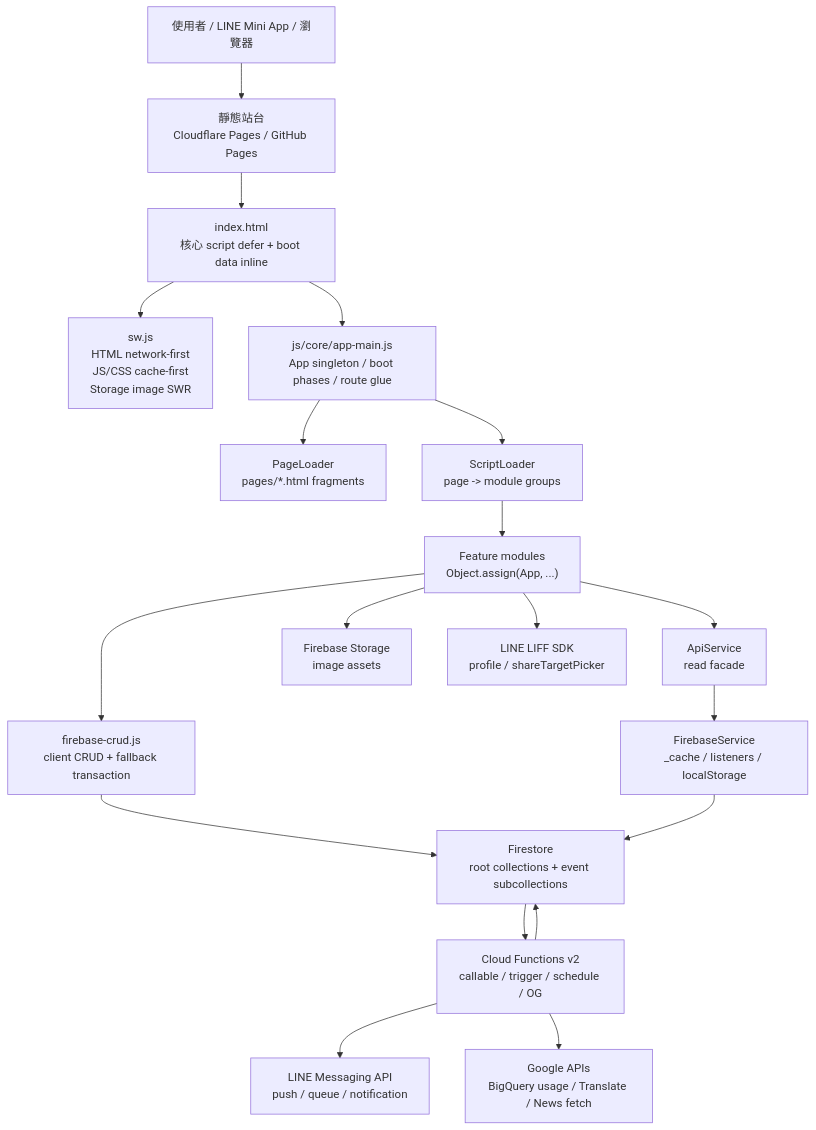
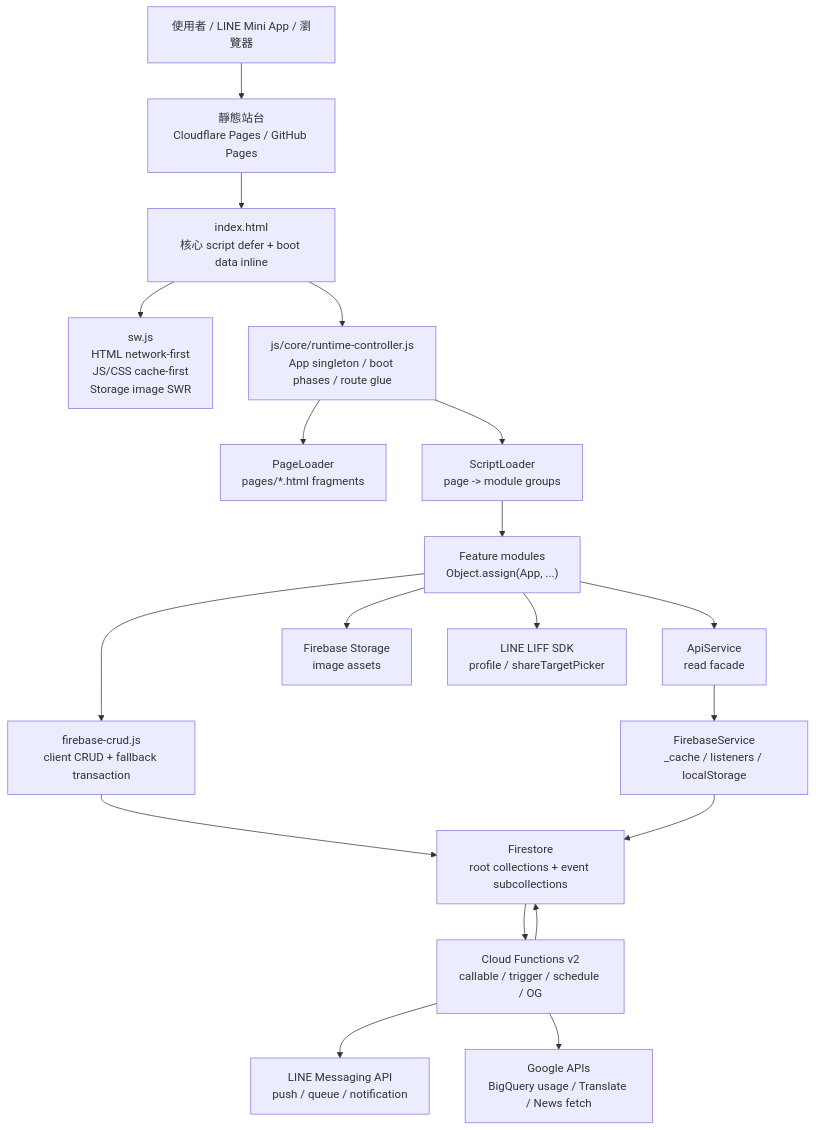
The first of 3 diagrams in docs/architecture.md (msw2004727/FC), drawn with Mermaid before and after one commit. The commit also changed other lines of this file and 8 other files, not shown here.

````diff
--- a/docs/architecture.md
+++ b/docs/architecture.md
@@ -38,38 +38,38 @@
 ```mermaid
 flowchart TD
     U["使用者 / LINE Mini App / 瀏覽器"]
     H["靜態站台\nCloudflare Pages / GitHub Pages"]
     IDX["index.html\n核心 script defer + boot data inline"]
     SW["sw.js\nHTML network-first\nJS/CSS cache-first\nStorage image SWR"]
-    APP["js/core/app-main.js\nApp singleton / boot phases / route glue"]
+    APP["js/core/runtime-controller.js\nApp singleton / boot phases / route glue"]
     PL["PageLoader\npages/*.html fragments"]
     SL["ScriptLoader\npage -> module groups"]
     MOD["Feature modules\nObject.assign(App, ...)"]
     API["ApiService\nread facade"]
     FSVC["FirebaseService\n_cache / listeners / localStorage"]
     CRUD["firebase-crud.js\nclient CRUD + fallback transaction"]
     CF["Cloud Functions v2\ncallable / trigger / schedule / OG"]
     DB["Firestore\nroot collections + event subcollections"]
     ST["Firebase Storage\nimage assets"]
     LIFF["LINE LIFF SDK\nprofile / shareTargetPicker"]
     LINE["LINE Messaging API\npush / queue / notification"]
     EXT["Google APIs\nBigQuery usage / Translate / News fetch"]
 
     U --> H --> IDX
     IDX --> SW
     IDX --> APP
     APP --> PL
     APP --> SL
     SL --> MOD
     MOD --> API
     MOD --> CRUD
     API --> FSVC
     CRUD --> DB
     FSVC --> DB
     MOD --> LIFF
     MOD --> ST
     CF --> DB
     CF --> LINE
     CF --> EXT
     DB --> CF
 ```
````
